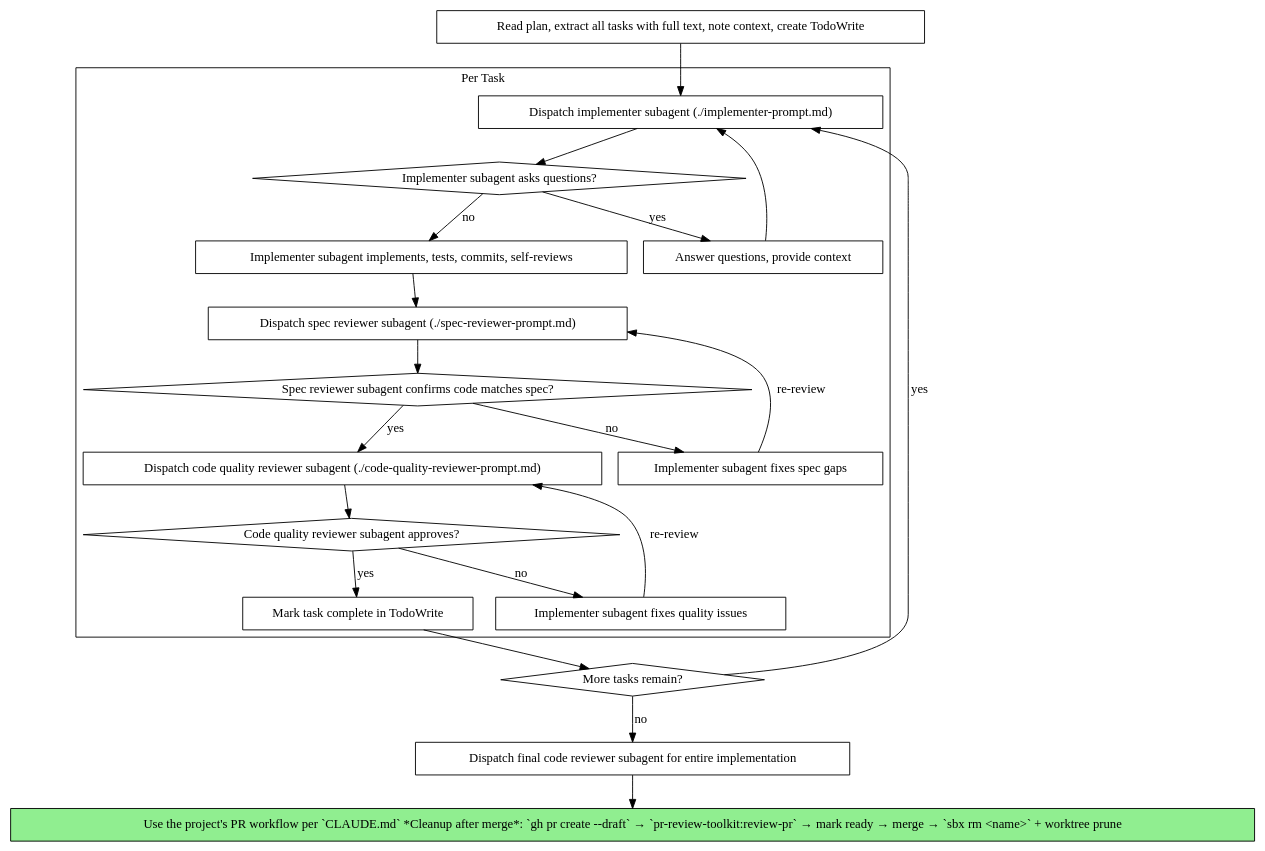
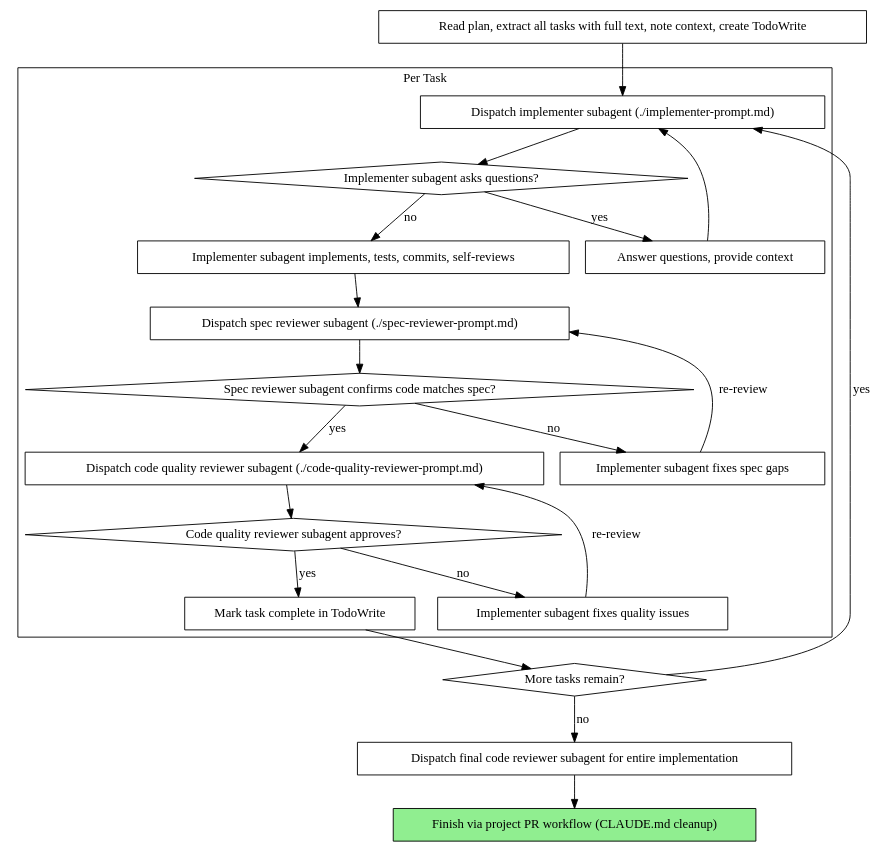
One commit to zickgraf-ai/agentic-press changed the diagram in .claude/skills/subagent-driven-development/SKILL.md. Above: the diagram before and after it, drawn with Graphviz. The commit also changed 3 other files, not shown here.

````diff
--- a/.claude/skills/subagent-driven-development/SKILL.md
+++ b/.claude/skills/subagent-driven-development/SKILL.md
@@ -22,44 +22,44 @@
 ```dot
 digraph process {
     rankdir=TB;
 
     subgraph cluster_per_task {
         label="Per Task";
         "Dispatch implementer subagent (./implementer-prompt.md)" [shape=box];
         "Implementer subagent asks questions?" [shape=diamond];
         "Answer questions, provide context" [shape=box];
         "Implementer subagent implements, tests, commits, self-reviews" [shape=box];
         "Dispatch spec reviewer subagent (./spec-reviewer-prompt.md)" [shape=box];
         "Spec reviewer subagent confirms code matches spec?" [shape=diamond];
         "Implementer subagent fixes spec gaps" [shape=box];
         "Dispatch code quality reviewer subagent (./code-quality-reviewer-prompt.md)" [shape=box];
         "Code quality reviewer subagent approves?" [shape=diamond];
         "Implementer subagent fixes quality issues" [shape=box];
         "Mark task complete in TodoWrite" [shape=box];
     }
 
     "Read plan, extract all tasks with full text, note context, create TodoWrite" [shape=box];
     "More tasks remain?" [shape=diamond];
     "Dispatch final code reviewer subagent for entire implementation" [shape=box];
-    "Use the project's PR workflow per `CLAUDE.md` *Cleanup after merge*: `gh pr create --draft` → `pr-review-toolkit:review-pr` → mark ready → merge → `sbx rm <name>` + worktree prune" [shape=box style=filled fillcolor=lightgreen];
+    "Finish via project PR workflow (CLAUDE.md cleanup)" [shape=box style=filled fillcolor=lightgreen];
 
     "Read plan, extract all tasks with full text, note context, create TodoWrite" -> "Dispatch implementer subagent (./implementer-prompt.md)";
     "Dispatch implementer subagent (./implementer-prompt.md)" -> "Implementer subagent asks questions?";
     "Implementer subagent asks questions?" -> "Answer questions, provide context" [label="yes"];
     "Answer questions, provide context" -> "Dispatch implementer subagent (./implementer-prompt.md)";
     "Implementer subagent asks questions?" -> "Implementer subagent implements, tests, commits, self-reviews" [label="no"];
     "Implementer subagent implements, tests, commits, self-reviews" -> "Dispatch spec reviewer subagent (./spec-reviewer-prompt.md)";
     "Dispatch spec reviewer subagent (./spec-reviewer-prompt.md)" -> "Spec reviewer subagent confirms code matches spec?";
     "Spec reviewer subagent confirms code matches spec?" -> "Implementer subagent fixes spec gaps" [label="no"];
     "Implementer subagent fixes spec gaps" -> "Dispatch spec reviewer subagent (./spec-reviewer-prompt.md)" [label="re-review"];
     "Spec reviewer subagent confirms code matches spec?" -> "Dispatch code quality reviewer subagent (./code-quality-reviewer-prompt.md)" [label="yes"];
     "Dispatch code quality reviewer subagent (./code-quality-reviewer-prompt.md)" -> "Code quality reviewer subagent approves?";
     "Code quality reviewer subagent approves?" -> "Implementer subagent fixes quality issues" [label="no"];
     "Implementer subagent fixes quality issues" -> "Dispatch code quality reviewer subagent (./code-quality-reviewer-prompt.md)" [label="re-review"];
     "Code quality reviewer subagent approves?" -> "Mark task complete in TodoWrite" [label="yes"];
     "Mark task complete in TodoWrite" -> "More tasks remain?";
     "More tasks remain?" -> "Dispatch implementer subagent (./implementer-prompt.md)" [label="yes"];
     "More tasks remain?" -> "Dispatch final code reviewer subagent for entire implementation" [label="no"];
-    "Dispatch final code reviewer subagent for entire implementation" -> "Use the project's PR workflow per `CLAUDE.md` *Cleanup after merge*: `gh pr create --draft` → `pr-review-toolkit:review-pr` → mark ready → merge → `sbx rm <name>` + worktree prune";
+    "Dispatch final code reviewer subagent for entire implementation" -> "Finish via project PR workflow (CLAUDE.md cleanup)";
 }
 ```
````
